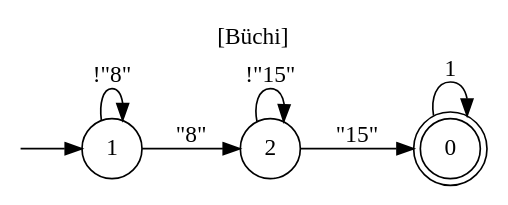
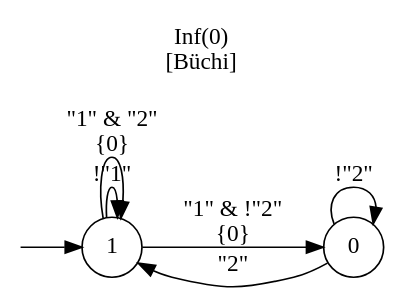
One commit to jrourke48/HMRTA_TS_GENERATION changed the diagram in output/buchi_automaton.dot. Above: the diagram before and after it, drawn with Graphviz. The commit also changed 10 other files, not shown here.

```diff
--- a/output/buchi_automaton.dot
+++ b/output/buchi_automaton.dot
@@ -1,16 +1,15 @@
 digraph "" {
   rankdir=LR
-  label="[Büchi]"
+  label="Inf(0)\n[Büchi]"
   labelloc="t"
   node [shape="circle"]
   I [label="", style=invis, width=0]
   I -> 1
-  0 [label="0", peripheries=2]
-  0 -> 0 [label="1"]
+  0 [label="0"]
+  0 -> 0 [label="!\"2\""]
+  0 -> 1 [label="\"2\""]
   1 [label="1"]
-  1 -> 1 [label="!\"8\""]
-  1 -> 2 [label="\"8\""]
-  2 [label="2"]
-  2 -> 0 [label="\"15\""]
-  2 -> 2 [label="!\"15\""]
+  1 -> 0 [label="\"1\" & !\"2\"\n{0}"]
+  1 -> 1 [label="!\"1\""]
+  1 -> 1 [label="\"1\" & \"2\"\n{0}"]
 }
```
